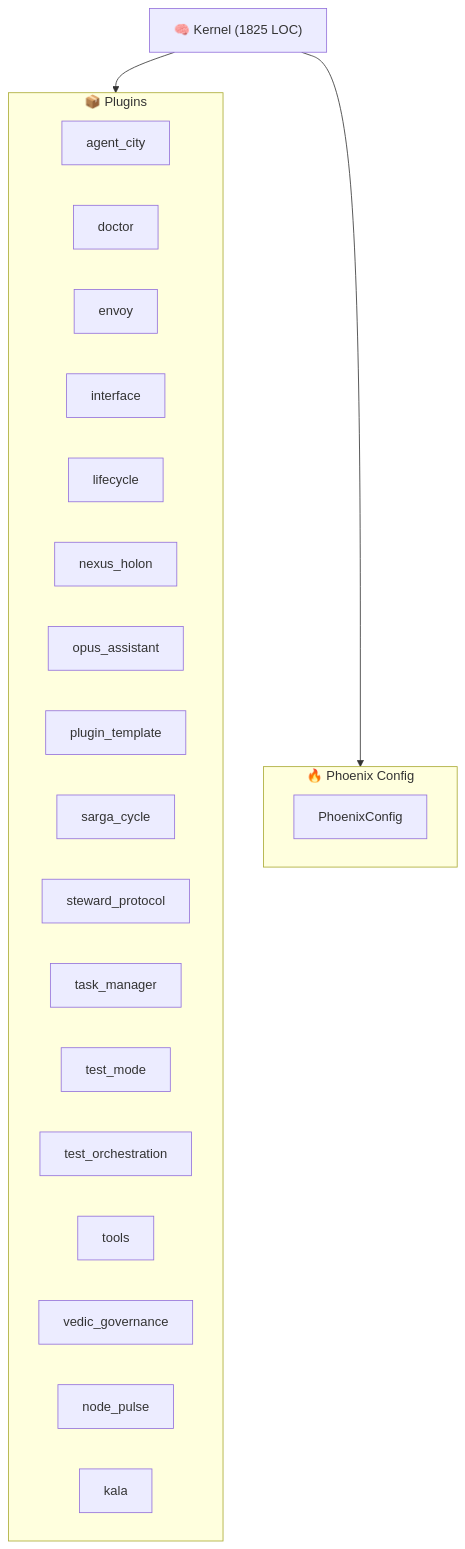
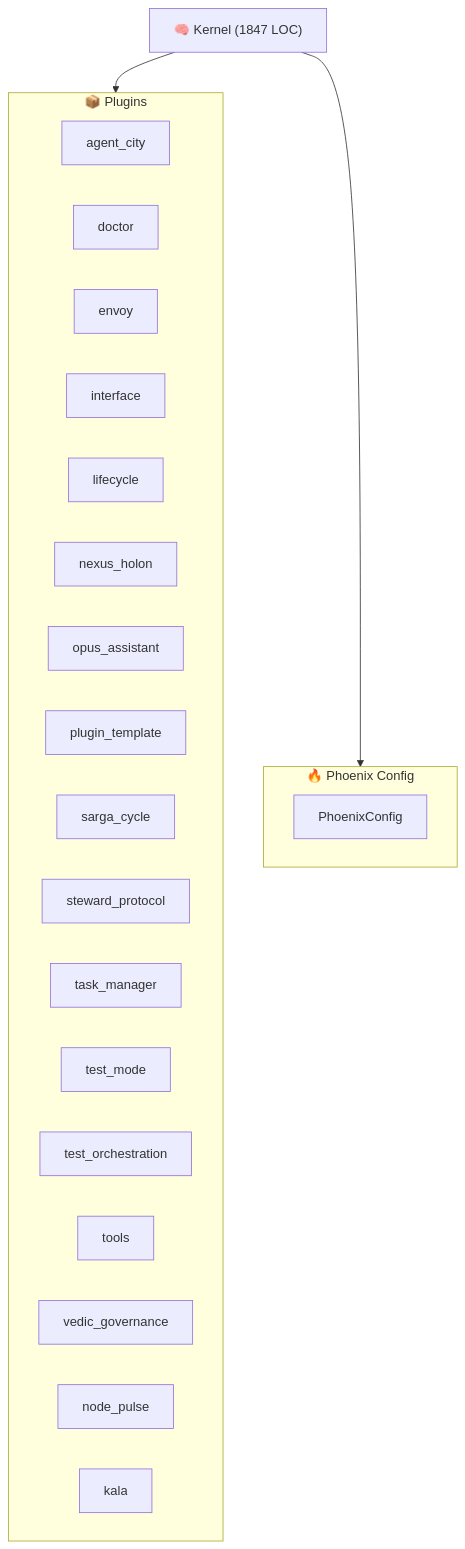
One commit to kimeisele/steward-protocol changed the diagram in ARCHITECTURE.md. Above: the diagram before and after it, drawn with Mermaid. The commit also changed other lines of this file and 16 other files, not shown here.

````diff
--- a/ARCHITECTURE.md
+++ b/ARCHITECTURE.md
@@ -8,28 +8,28 @@
 ```mermaid
 graph TB
-    K["🧠 Kernel (1825 LOC)"]
+    K["🧠 Kernel (1847 LOC)"]
     subgraph Plugins["📦 Plugins"]
         P_agent_city["agent_city"]
         P_doctor["doctor"]
         P_envoy["envoy"]
         P_interface["interface"]
         P_lifecycle["lifecycle"]
         P_nexus_holon["nexus_holon"]
         P_opus_assistant["opus_assistant"]
         P_plugin_template["plugin_template"]
         P_sarga_cycle["sarga_cycle"]
         P_steward_protocol["steward_protocol"]
         P_task_manager["task_manager"]
         P_test_mode["test_mode"]
         P_test_orchestration["test_orchestration"]
         P_tools["tools"]
         P_vedic_governance["vedic_governance"]
         P_node_pulse["node_pulse"]
         P_kala["kala"]
     end
     K --> Plugins
     subgraph Config["🔥 Phoenix Config"]
         PC[PhoenixConfig]
     end
     K --> Config
 ```
````
